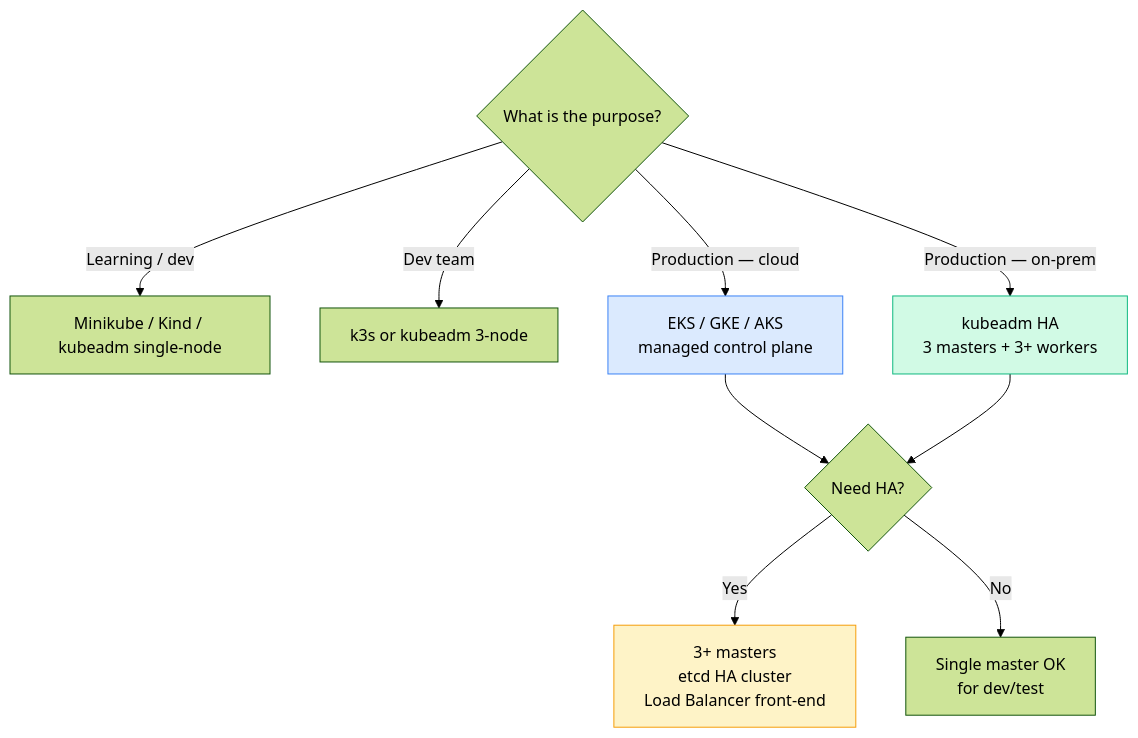
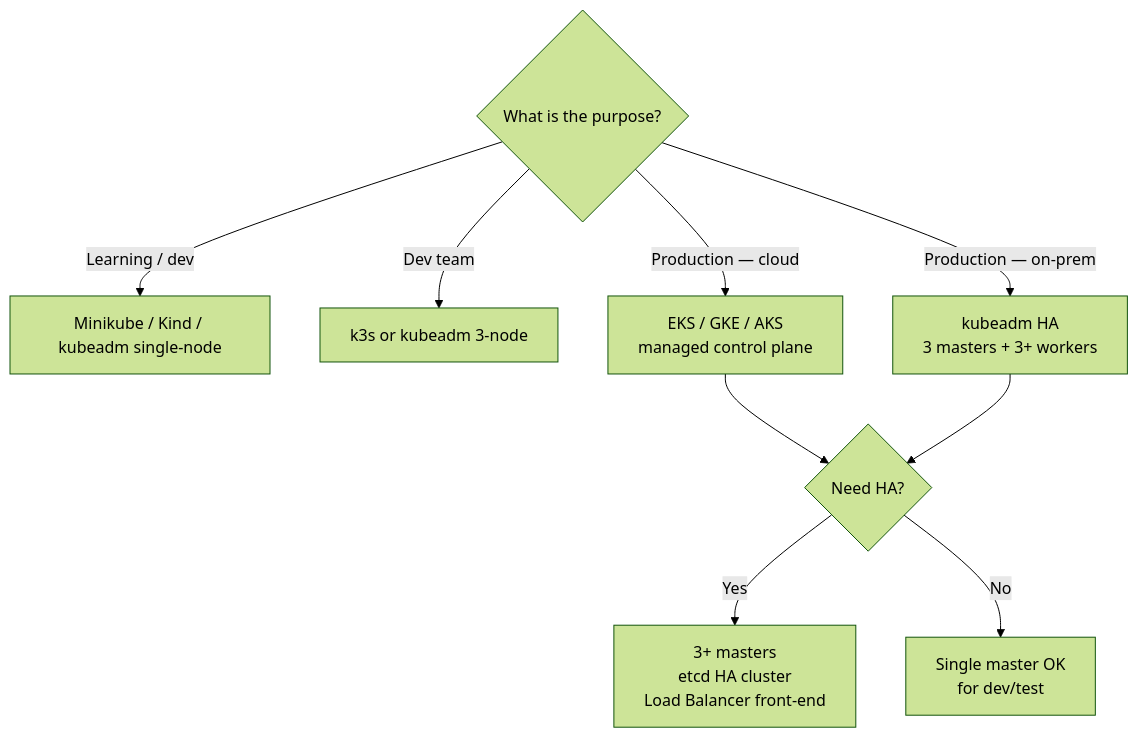
One commit to Gautam4424/k8slearn-content changed the first of 4 diagrams in content/cka/12-design-install-kubeadm/overview/overview.md. Above: the diagram before and after it, drawn with Mermaid (forest theme). The commit also changed other lines of this file and 40 other files, not shown here.

Commit message:
chore: fix mermaid style regex

````diff
--- a/content/cka/12-design-install-kubeadm/overview/overview.md
+++ b/content/cka/12-design-install-kubeadm/overview/overview.md
@@ -199,18 +199,14 @@
 ```mermaid
 flowchart TD
     Q{"What is the purpose?"}
     Q -->|Learning / dev| A["Minikube / Kind / kubeadm single-node"]
     Q -->|Dev team| B["k3s or kubeadm 3-node"]
     Q -->|Production — cloud| C["EKS / GKE / AKS\nmanaged control plane"]
     Q -->|Production — on-prem| D["kubeadm HA\n3 masters + 3+ workers"]
 
     HA{"Need HA?"}
     C --> HA
     D --> HA
     HA -->|Yes| E["3+ masters\netcd HA cluster\nLoad Balancer front-end"]
     HA -->|No| F["Single master OK\nfor dev/test"]
-
-    style C fill:#dbeafe,stroke:#3b82f6
-    style D fill:#d1fae5,stroke:#10b981
-    style E fill:#fef3c7,stroke:#f59e0b
 ```
````
